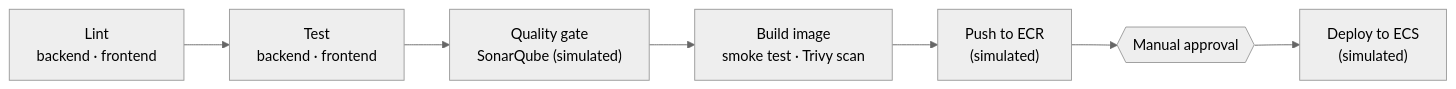
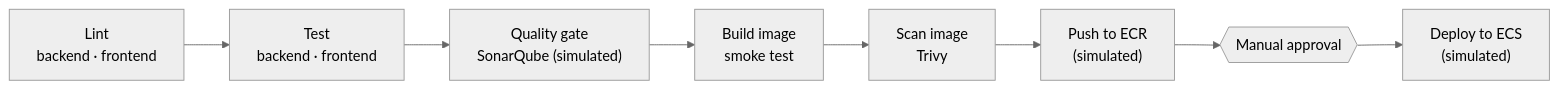
The second of 2 diagrams in README.md (Chengweiwang930112/skill-planning-tool), drawn with Mermaid (neutral theme) before and after one commit. The commit also changed other lines of this file and 2 other files, not shown here.

Commit message:
ci: scan the image with Trivy in a stage of its own, reporting every severity without failing yet

````diff
--- a/README.md
+++ b/README.md
@@ -353,9 +353,10 @@
 ```mermaid
 flowchart LR
     lint["Lint<br/>backend · frontend"] --> test["Test<br/>backend · frontend"]
     test --> gate["Quality gate<br/>SonarQube (simulated)"]
-    gate --> build["Build image<br/>smoke test · Trivy scan"]
-    build --> push["Push to ECR<br/>(simulated)"]
+    gate --> build["Build image<br/>smoke test"]
+    build --> scan["Scan image<br/>Trivy"]
+    scan --> push["Push to ECR<br/>(simulated)"]
     push --> approve{{"Manual approval"}}
     approve --> deploy["Deploy to ECS<br/>(simulated)"]
 ```
````
